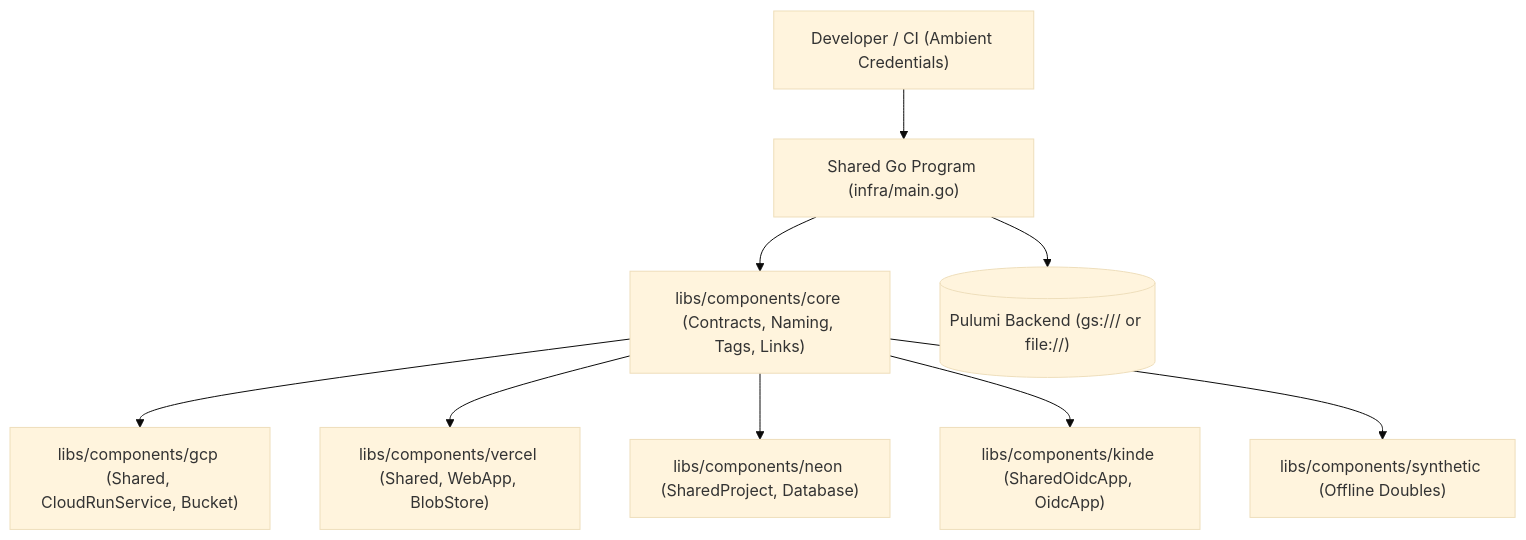
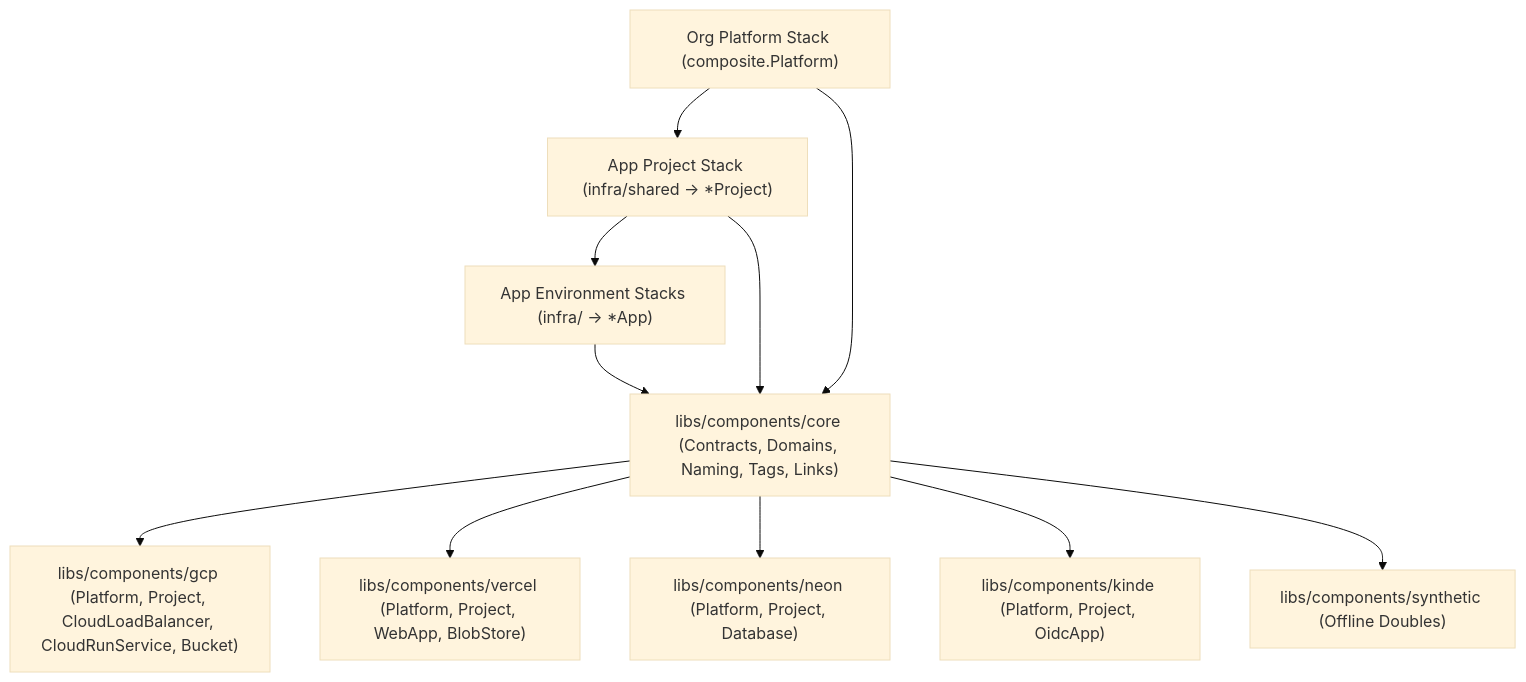
The first of 2 diagrams in docs/architecture/index.md (cloudvoyant/openbase), drawn with Mermaid (base theme) before and after one commit. The commit also changed other lines of this file and 61 other files, not shown here.

Commit message:
refactor(components): adopt Platform, Project, and Environment hierarchy

````diff
--- a/docs/architecture/index.md
+++ b/docs/architecture/index.md
@@ -26,11 +26,13 @@
 ```mermaid
 flowchart TD
-    Runner["Developer / CI (Ambient Credentials)"] --> Pulumi["Shared Go Program (infra/main.go)"]
-    Pulumi --> Core["libs/components/core (Contracts, Naming, Tags, Links)"]
-    Core --> GCP["libs/components/gcp (Shared, CloudRunService, Bucket)"]
-    Core --> Vercel["libs/components/vercel (Shared, WebApp, BlobStore)"]
-    Core --> Neon["libs/components/neon (SharedProject, Database)"]
-    Core --> Kinde["libs/components/kinde (SharedOidcApp, OidcApp)"]
+    Org["Org Platform Stack (composite.Platform)"] --> Proj["App Project Stack (infra/shared -> *Project)"]
+    Proj --> Env["App Environment Stacks (infra/ -> *App)"]
+    Env --> Core["libs/components/core (Contracts, Domains, Naming, Tags, Links)"]
+    Proj --> Core
+    Org --> Core
+    Core --> GCP["libs/components/gcp (Platform, Project, CloudLoadBalancer, CloudRunService, Bucket)"]
+    Core --> Vercel["libs/components/vercel (Platform, Project, WebApp, BlobStore)"]
+    Core --> Neon["libs/components/neon (Platform, Project, Database)"]
+    Core --> Kinde["libs/components/kinde (Platform, Project, OidcApp)"]
     Core --> Syn["libs/components/synthetic (Offline Doubles)"]
-    Pulumi --> State[("Pulumi Backend (gs://<bucket>/<project> or file://)")]
 ```
````
